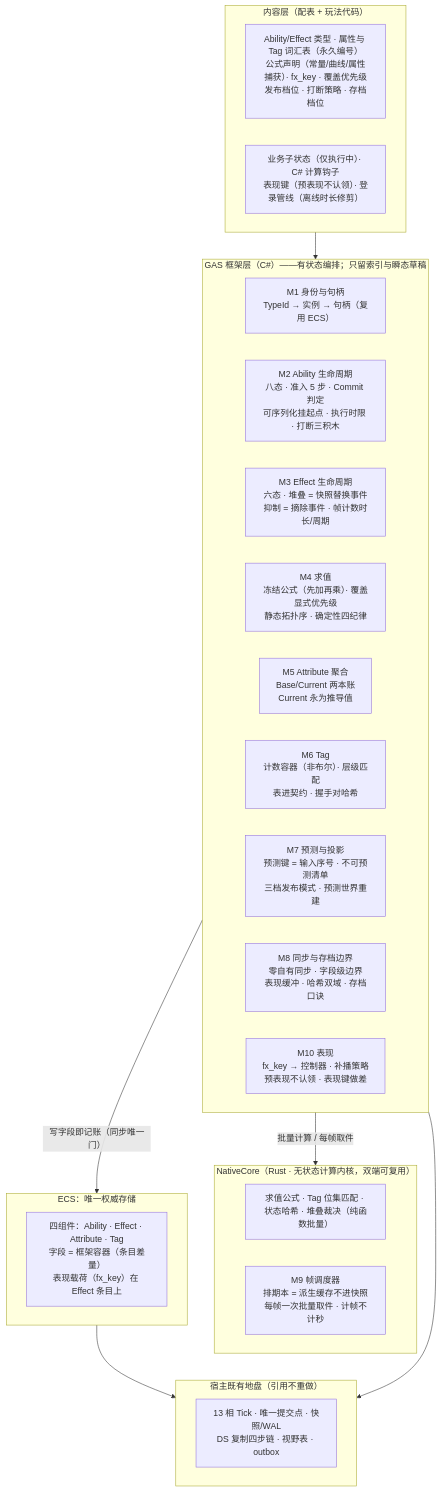
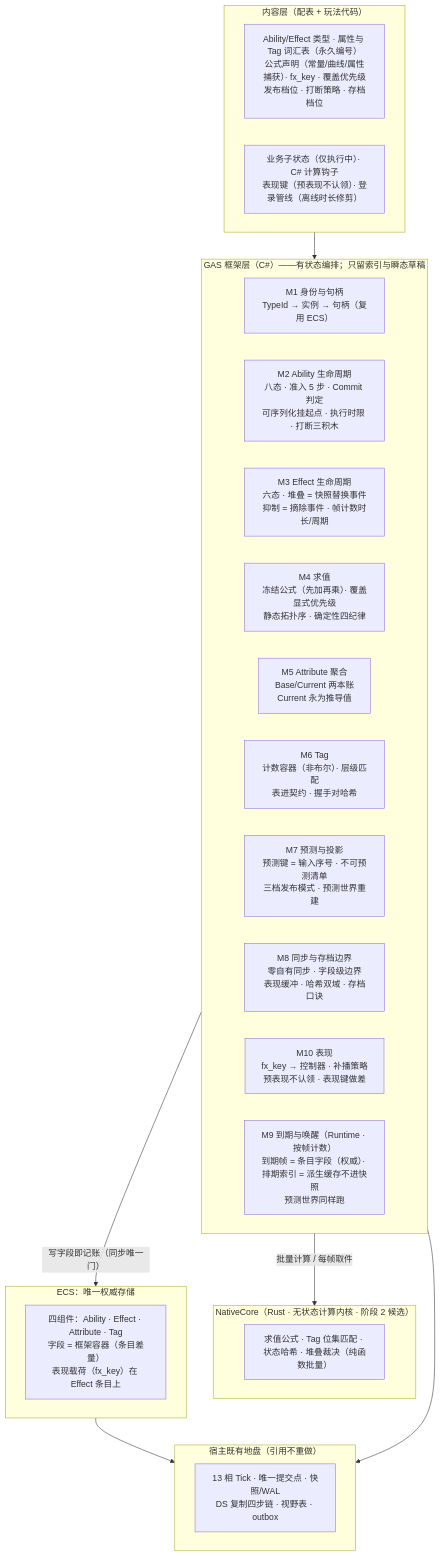
Before and after one commit to LumioGames/LumioGameEngine: the first of 4 diagrams in .spec/knowledge/features/gas.md, drawn with Mermaid. The commit also changed other lines of this file and 3 other files, not shown here.

Commit message:
docs(audit): NativeCore 逐仓盘点与六条裁决；GAS M9 到期与唤醒归 Runtime（ADR-064 修订记录）

````diff
--- a/.spec/knowledge/features/gas.md
+++ b/.spec/knowledge/features/gas.md
@@ -78,33 +79,33 @@
 ```mermaid
 flowchart TB
   subgraph GAME["内容层（配表 + 玩法代码）"]
     G1["Ability/Effect 类型 · 属性与 Tag 词汇表（永久编号）<br/>公式声明（常量/曲线/属性捕获）· fx_key · 覆盖优先级<br/>发布档位 · 打断策略 · 存档档位"]
     G2["业务子状态（仅执行中）· C# 计算钩子<br/>表现键（预表现不认领）· 登录管线（离线时长修剪）"]
   end
   subgraph GAS["GAS 框架层（C#）——有状态编排；只留索引与瞬态草稿"]
     M1["M1 身份与句柄<br/>TypeId → 实例 → 句柄（复用 ECS）"]
     M2["M2 Ability 生命周期<br/>八态 · 准入 5 步 · Commit 判定<br/>可序列化挂起点 · 执行时限 · 打断三积木"]
     M3["M3 Effect 生命周期<br/>六态 · 堆叠 = 快照替换事件<br/>抑制 = 摘除事件 · 帧计数时长/周期"]
     M4["M4 求值<br/>冻结公式（先加再乘）· 覆盖显式优先级<br/>静态拓扑序 · 确定性四纪律"]
     M5["M5 Attribute 聚合<br/>Base/Current 两本账<br/>Current 永为推导值"]
     M6["M6 Tag<br/>计数容器（非布尔）· 层级匹配<br/>表进契约 · 握手对哈希"]
     M7["M7 预测与投影<br/>预测键 = 输入序号 · 不可预测清单<br/>三档发布模式 · 预测世界重建"]
     M8["M8 同步与存档边界<br/>零自有同步 · 字段级边界<br/>表现缓冲 · 哈希双域 · 存档口诀"]
     M10["M10 表现<br/>fx_key → 控制器 · 补播策略<br/>预表现不认领 · 表现键做差"]
+    M9["M9 到期与唤醒（Runtime · 按帧计数）<br/>到期帧 = 条目字段（权威）· 排期索引 = 派生缓存不进快照<br/>预测世界同样跑"]
   end
-  subgraph NC["NativeCore（Rust · 无状态计算内核，双端可复用）"]
+  subgraph NC["NativeCore（Rust · 无状态计算内核 · 阶段 2 候选）"]
     N1["求值公式 · Tag 位集匹配 · 状态哈希 · 堆叠裁决（纯函数批量）"]
-    M9["M9 帧调度器<br/>排期本 = 派生缓存不进快照<br/>每帧一次批量取件 · 计帧不计秒"]
   end
   subgraph ECS["ECS：唯一权威存储"]
     E1["四组件：Ability · Effect · Attribute · Tag<br/>字段 = 框架容器（条目差量）<br/>表现载荷（fx_key）在 Effect 条目上"]
   end
   subgraph HOST["宿主既有地盘（引用不重做）"]
     H1["13 相 Tick · 唯一提交点 · 快照/WAL<br/>DS 复制四步链 · 视野表 · outbox"]
   end
   GAME --> GAS
   GAS -- "写字段即记账（同步唯一门）" --> ECS
   GAS -- "批量计算 / 每帧取件" --> NC
   ECS --> HOST
   GAS --> HOST
 ```
````
